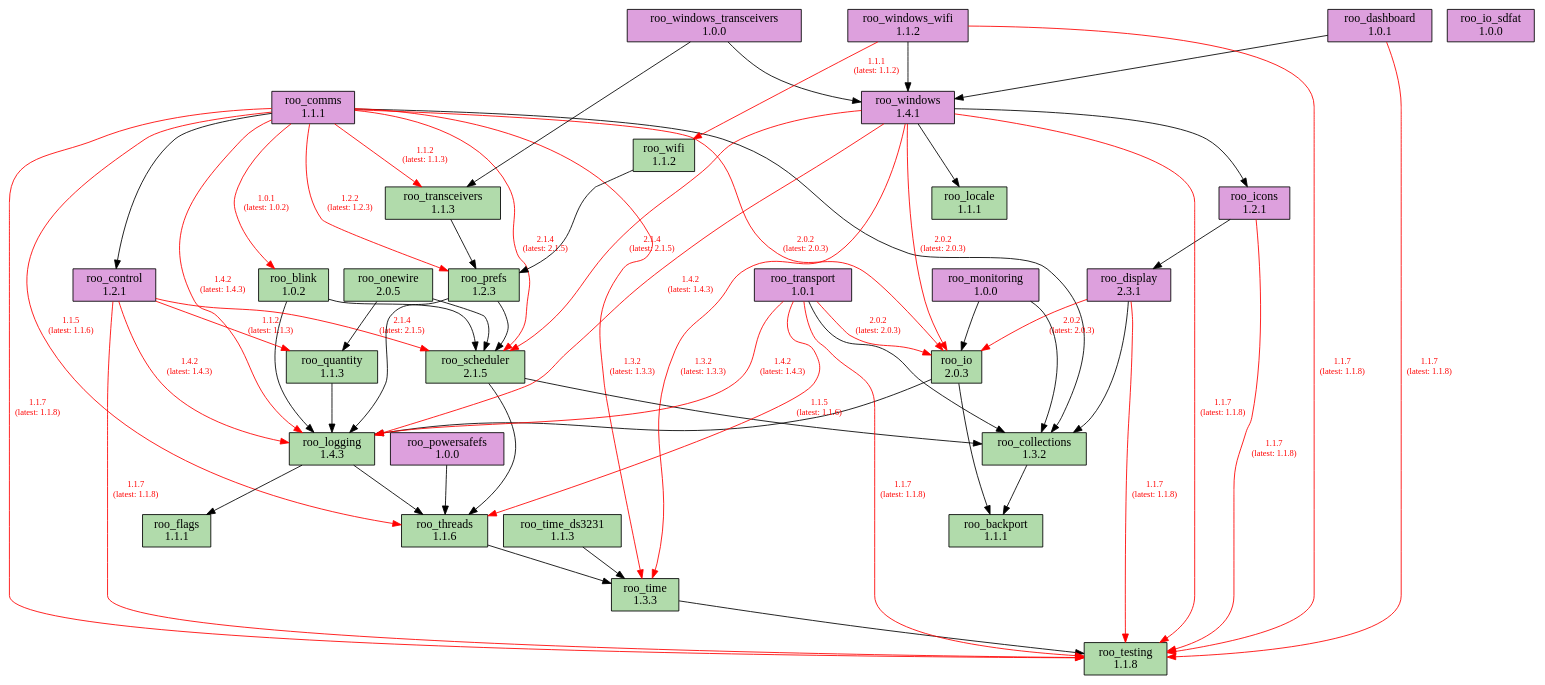
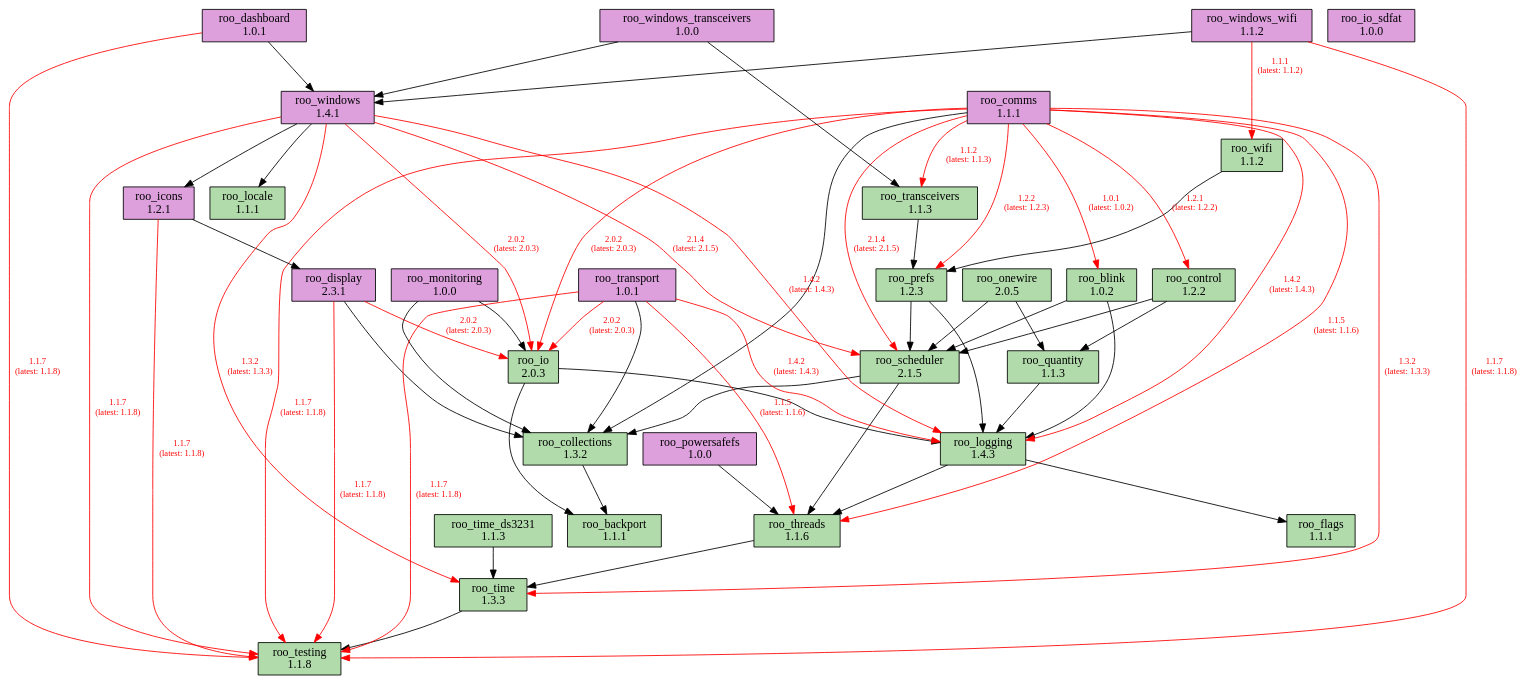
Before and after one commit to dejwk/roo-registry: the diagram in doc/dependencies.dot, drawn with Graphviz. The commit also changed 3 other files, not shown here.

Commit message:
Added roo_control 1.2.2 to the registry.

```diff
--- a/doc/dependencies.dot
+++ b/doc/dependencies.dot
@@ -1,99 +1,97 @@
 digraph dependencies {
     rankdir=TB;
     node [shape=box, style=filled];
     edge [fontsize=10];
 
     // Modules
     "roo_backport" [label="roo_backport\n1.1.1", fillcolor="#b1dbab"];
     "roo_blink" [label="roo_blink\n1.0.2", fillcolor="#b1dbab"];
     "roo_collections" [label="roo_collections\n1.3.2", fillcolor="#b1dbab"];
     "roo_comms" [label="roo_comms\n1.1.1", fillcolor="plum"];
-    "roo_control" [label="roo_control\n1.2.1", fillcolor="plum"];
+    "roo_control" [label="roo_control\n1.2.2", fillcolor="#b1dbab"];
     "roo_dashboard" [label="roo_dashboard\n1.0.1", fillcolor="plum"];
     "roo_display" [label="roo_display\n2.3.1", fillcolor="plum"];
     "roo_flags" [label="roo_flags\n1.1.1", fillcolor="#b1dbab"];
     "roo_icons" [label="roo_icons\n1.2.1", fillcolor="plum"];
     "roo_io" [label="roo_io\n2.0.3", fillcolor="#b1dbab"];
     "roo_io_sdfat" [label="roo_io_sdfat\n1.0.0", fillcolor="plum"];
     "roo_locale" [label="roo_locale\n1.1.1", fillcolor="#b1dbab"];
     "roo_logging" [label="roo_logging\n1.4.3", fillcolor="#b1dbab"];
     "roo_monitoring" [label="roo_monitoring\n1.0.0", fillcolor="plum"];
     "roo_onewire" [label="roo_onewire\n2.0.5", fillcolor="#b1dbab"];
     "roo_powersafefs" [label="roo_powersafefs\n1.0.0", fillcolor="plum"];
     "roo_prefs" [label="roo_prefs\n1.2.3", fillcolor="#b1dbab"];
     "roo_quantity" [label="roo_quantity\n1.1.3", fillcolor="#b1dbab"];
     "roo_scheduler" [label="roo_scheduler\n2.1.5", fillcolor="#b1dbab"];
     "roo_testing" [label="roo_testing\n1.1.8", fillcolor="#b1dbab"];
     "roo_threads" [label="roo_threads\n1.1.6", fillcolor="#b1dbab"];
     "roo_time" [label="roo_time\n1.3.3", fillcolor="#b1dbab"];
     "roo_time_ds3231" [label="roo_time_ds3231\n1.1.3", fillcolor="#b1dbab"];
     "roo_transceivers" [label="roo_transceivers\n1.1.3", fillcolor="#b1dbab"];
     "roo_transport" [label="roo_transport\n1.0.1", fillcolor="plum"];
     "roo_wifi" [label="roo_wifi\n1.1.2", fillcolor="#b1dbab"];
     "roo_windows" [label="roo_windows\n1.4.1", fillcolor="plum"];
     "roo_windows_transceivers" [label="roo_windows_transceivers\n1.0.0", fillcolor="plum"];
     "roo_windows_wifi" [label="roo_windows_wifi\n1.1.2", fillcolor="plum"];
 
     // Dependencies
     "roo_blink" -> "roo_logging";
     "roo_blink" -> "roo_scheduler";
     "roo_collections" -> "roo_backport";
     "roo_comms" -> "roo_testing" [color=red, fontcolor=red, label="1.1.7\n(latest: 1.1.8)"];
     "roo_comms" -> "roo_blink" [color=red, fontcolor=red, label="1.0.1\n(latest: 1.0.2)"];
     "roo_comms" -> "roo_collections";
-    "roo_comms" -> "roo_control";
+    "roo_comms" -> "roo_control" [color=red, fontcolor=red, label="1.2.1\n(latest: 1.2.2)"];
     "roo_comms" -> "roo_io" [color=red, fontcolor=red, label="2.0.2\n(latest: 2.0.3)"];
     "roo_comms" -> "roo_logging" [color=red, fontcolor=red, label="1.4.2\n(latest: 1.4.3)"];
     "roo_comms" -> "roo_prefs" [color=red, fontcolor=red, label="1.2.2\n(latest: 1.2.3)"];
     "roo_comms" -> "roo_scheduler" [color=red, fontcolor=red, label="2.1.4\n(latest: 2.1.5)"];
     "roo_comms" -> "roo_threads" [color=red, fontcolor=red, label="1.1.5\n(latest: 1.1.6)"];
     "roo_comms" -> "roo_time" [color=red, fontcolor=red, label="1.3.2\n(latest: 1.3.3)"];
     "roo_comms" -> "roo_transceivers" [color=red, fontcolor=red, label="1.1.2\n(latest: 1.1.3)"];
-    "roo_control" -> "roo_testing" [color=red, fontcolor=red, label="1.1.7\n(latest: 1.1.8)"];
-    "roo_control" -> "roo_logging" [color=red, fontcolor=red, label="1.4.2\n(latest: 1.4.3)"];
-    "roo_control" -> "roo_quantity" [color=red, fontcolor=red, label="1.1.2\n(latest: 1.1.3)"];
-    "roo_control" -> "roo_scheduler" [color=red, fontcolor=red, label="2.1.4\n(latest: 2.1.5)"];
+    "roo_control" -> "roo_quantity";
+    "roo_control" -> "roo_scheduler";
     "roo_dashboard" -> "roo_testing" [color=red, fontcolor=red, label="1.1.7\n(latest: 1.1.8)"];
     "roo_dashboard" -> "roo_windows";
     "roo_display" -> "roo_testing" [color=red, fontcolor=red, label="1.1.7\n(latest: 1.1.8)"];
     "roo_display" -> "roo_collections";
     "roo_display" -> "roo_io" [color=red, fontcolor=red, label="2.0.2\n(latest: 2.0.3)"];
     "roo_icons" -> "roo_testing" [color=red, fontcolor=red, label="1.1.7\n(latest: 1.1.8)"];
     "roo_icons" -> "roo_display";
     "roo_io" -> "roo_backport";
     "roo_io" -> "roo_logging";
     "roo_logging" -> "roo_flags";
     "roo_logging" -> "roo_threads";
     "roo_monitoring" -> "roo_collections";
     "roo_monitoring" -> "roo_io";
     "roo_onewire" -> "roo_scheduler";
     "roo_onewire" -> "roo_quantity";
     "roo_powersafefs" -> "roo_threads";
     "roo_prefs" -> "roo_logging";
     "roo_prefs" -> "roo_scheduler";
     "roo_quantity" -> "roo_logging";
     "roo_scheduler" -> "roo_collections";
     "roo_scheduler" -> "roo_threads";
     "roo_threads" -> "roo_time";
     "roo_time" -> "roo_testing";
     "roo_time_ds3231" -> "roo_time";
     "roo_transceivers" -> "roo_prefs";
     "roo_transport" -> "roo_testing" [color=red, fontcolor=red, label="1.1.7\n(latest: 1.1.8)"];
     "roo_transport" -> "roo_collections";
     "roo_transport" -> "roo_io" [color=red, fontcolor=red, label="2.0.2\n(latest: 2.0.3)"];
     "roo_transport" -> "roo_logging" [color=red, fontcolor=red, label="1.4.2\n(latest: 1.4.3)"];
     "roo_transport" -> "roo_threads" [color=red, fontcolor=red, label="1.1.5\n(latest: 1.1.6)"];
     "roo_wifi" -> "roo_prefs";
     "roo_windows" -> "roo_testing" [color=red, fontcolor=red, label="1.1.7\n(latest: 1.1.8)"];
     "roo_windows" -> "roo_locale";
     "roo_windows" -> "roo_logging" [color=red, fontcolor=red, label="1.4.2\n(latest: 1.4.3)"];
     "roo_windows" -> "roo_icons";
     "roo_windows" -> "roo_io" [color=red, fontcolor=red, label="2.0.2\n(latest: 2.0.3)"];
     "roo_windows" -> "roo_scheduler" [color=red, fontcolor=red, label="2.1.4\n(latest: 2.1.5)"];
     "roo_windows" -> "roo_time" [color=red, fontcolor=red, label="1.3.2\n(latest: 1.3.3)"];
     "roo_windows_transceivers" -> "roo_transceivers";
     "roo_windows_transceivers" -> "roo_windows";
     "roo_windows_wifi" -> "roo_testing" [color=red, fontcolor=red, label="1.1.7\n(latest: 1.1.8)"];
     "roo_windows_wifi" -> "roo_wifi" [color=red, fontcolor=red, label="1.1.1\n(latest: 1.1.2)"];
     "roo_windows_wifi" -> "roo_windows";
 }
```
